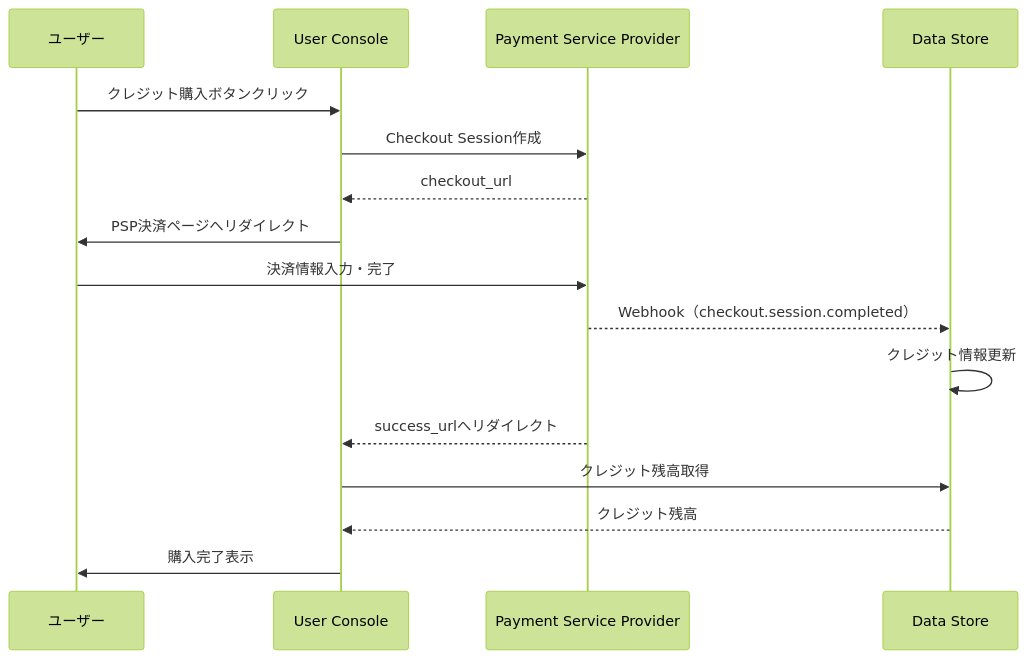
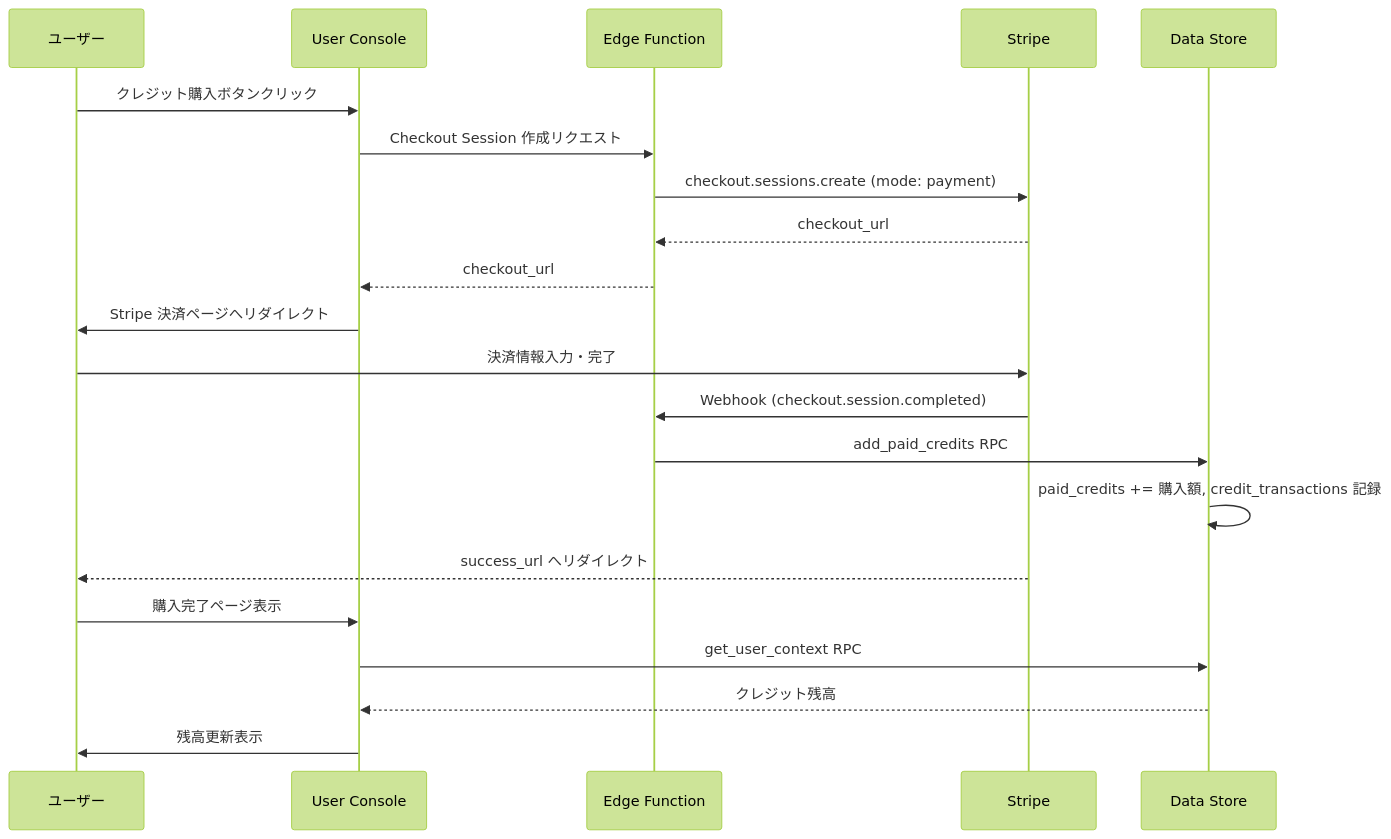
Before and after one commit to shibaleo/mcpist: the diagram in docs/002_specification/interaction/dtl-itr-CON-PSP.md, drawn with Mermaid (forest theme). The commit also changed other lines of this file and 19 other files, not shown here.

````diff
--- a/docs/002_specification/interaction/dtl-itr-CON-PSP.md
+++ b/docs/002_specification/interaction/dtl-itr-CON-PSP.md
@@ -34,19 +46,24 @@
 ```mermaid
 sequenceDiagram
     participant User as ユーザー
     participant CON as User Console
-    participant PSP as Payment Service Provider
+    participant EFN as Edge Function
+    participant PSP as Stripe
     participant DST as Data Store
 
     User->>CON: クレジット購入ボタンクリック
-    CON->>PSP: Checkout Session作成
-    PSP-->>CON: checkout_url
-    CON->>User: PSP決済ページへリダイレクト
+    CON->>EFN: Checkout Session 作成リクエスト
+    EFN->>PSP: checkout.sessions.create (mode: payment)
+    PSP-->>EFN: checkout_url
+    EFN-->>CON: checkout_url
+    CON->>User: Stripe 決済ページへリダイレクト
     User->>PSP: 決済情報入力・完了
-    PSP-->>DST: Webhook（checkout.session.completed）
-    DST->>DST: クレジット情報更新
-    PSP-->>CON: success_urlへリダイレクト
-    CON->>DST: クレジット残高取得
+    PSP->>EFN: Webhook (checkout.session.completed)
+    EFN->>DST: add_paid_credits RPC
+    DST->>DST: paid_credits += 購入額, credit_transactions 記録
+    PSP-->>User: success_url へリダイレクト
+    User->>CON: 購入完了ページ表示
+    CON->>DST: get_user_context RPC
     DST-->>CON: クレジット残高
-    CON->>User: 購入完了表示
+    CON->>User: 残高更新表示
 ```
````
